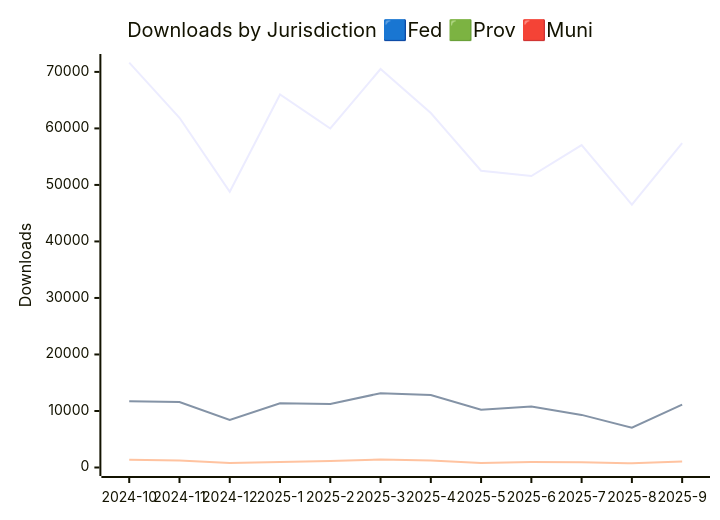
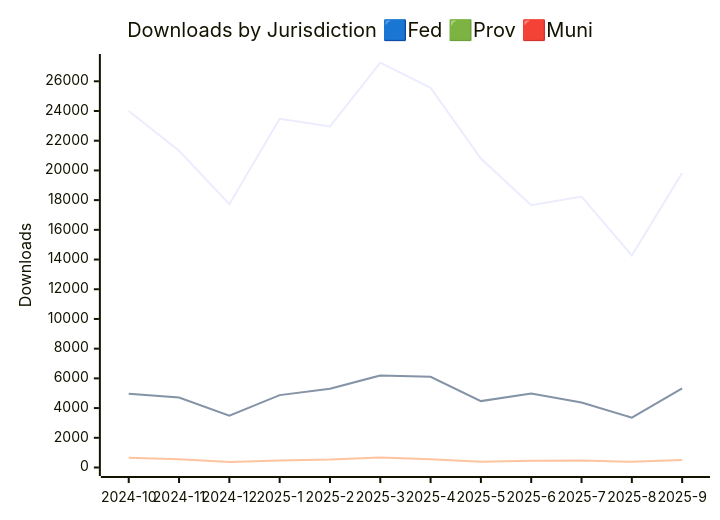
One commit to PatLittle/analytics-corporate-reporting changed the first of 3 diagrams in JURISDICTION_ANALYTICS_REPORT/readme.md. Above: the diagram before and after it, drawn with Mermaid. The commit also changed other lines of this file and 3 other files, not shown here.

````diff
--- a/JURISDICTION_ANALYTICS_REPORT/readme.md
+++ b/JURISDICTION_ANALYTICS_REPORT/readme.md
@@ -14,10 +14,10 @@
 ```mermaid
 
 xychart-beta
     title "Downloads by Jurisdiction 🟦Fed 🟩Prov 🟥Muni"
     x-axis [2024-10, 2024-11, 2024-12, 2025-1, 2025-2, 2025-3, 2025-4, 2025-5, 2025-6, 2025-7, 2025-8, 2025-9]
-    y-axis "Downloads" 0 --> 71662
-    line [71652, 61879, 48792, 66000, 59989, 70514, 62718, 52504, 51569, 57034, 46512, 57406]
-    line [11744, 11595, 8430, 11374, 11239, 13143, 12841, 10210, 10775, 9307, 7040, 11123]
-    line [1351, 1257, 797, 994, 1163, 1400, 1222, 801, 964, 947, 744, 1077]
+    y-axis "Downloads" 0 --> 27265
+    line [24004, 21323, 17726, 23475, 22961, 27255, 25558, 20802, 17661, 18244, 14268, 19821]
+    line [4959, 4709, 3494, 4874, 5307, 6196, 6104, 4470, 4973, 4374, 3356, 5327]
+    line [649, 561, 364, 478, 535, 673, 563, 386, 461, 471, 379, 507]
 ```
````
